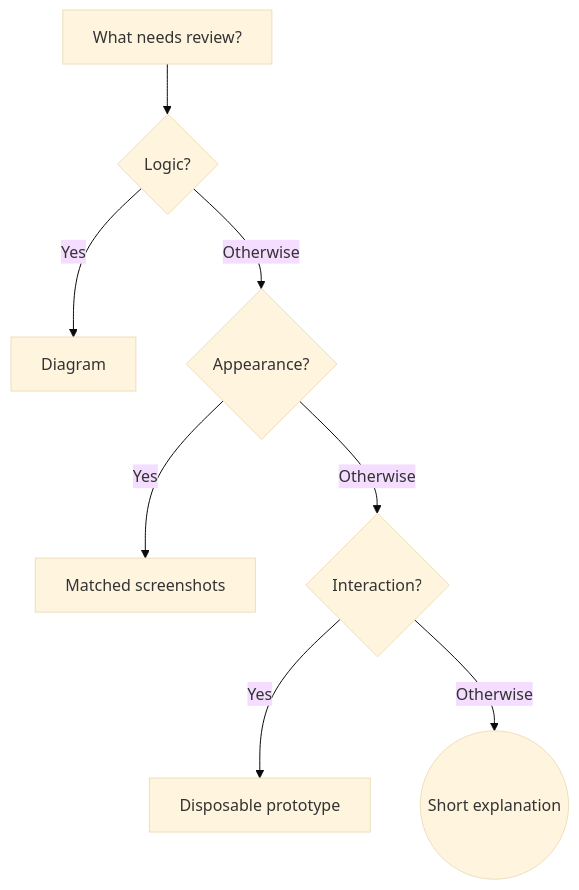
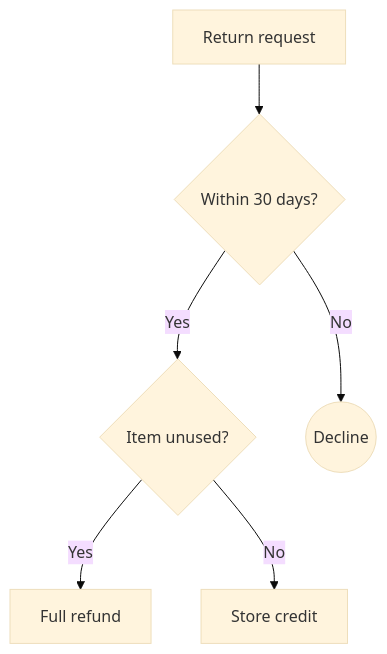
The diagram in checks/logic.mmd (asabirov/mermaid-diagrams-skill), drawn with Mermaid (base theme) before and after one commit. The commit also changed 11 other files, not shown here.

```diff
--- a/checks/logic.mmd
+++ b/checks/logic.mmd
@@ -1,13 +1,11 @@
 flowchart TB
-accTitle: Choosing evidence for a review
-accDescr: Choose a diagram for logic, matched screenshots for appearance, or a disposable prototype for interaction.
-Question[What needs review?] --> Logic{Logic?}
-Logic -->|Yes| Diagram[Diagram]
-Logic -->|Otherwise| Visual{Appearance?}
-Visual -->|Yes| Screens[Matched screenshots]
-Visual -->|Otherwise| Interaction{Interaction?}
-Interaction -->|Yes| Prototype[Disposable prototype]
-Interaction -->|Otherwise| Prose((Short explanation))
+accTitle: Deciding a refund
+accDescr: Returns within 30 days of unused items get a full refund. Used items within 30 days get store credit. Returns after 30 days are declined.
+Request[Return request] --> Window{Within 30 days?}
+Window -->|Yes| Condition{Item unused?}
+Window -->|No| Decline((Decline))
+Condition -->|Yes| Full[Full refund]
+Condition -->|No| Credit[Store credit]
 
-class Logic,Visual,Interaction decision
-class Diagram,Screens,Prototype,Prose result
+class Window,Condition decision
+class Full,Credit,Decline result
```
